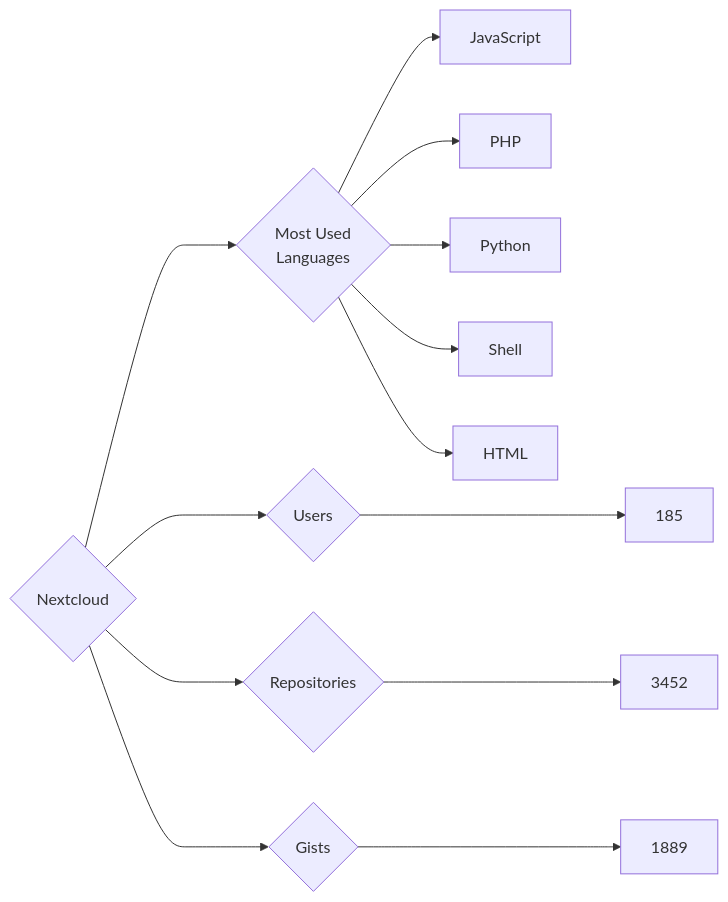
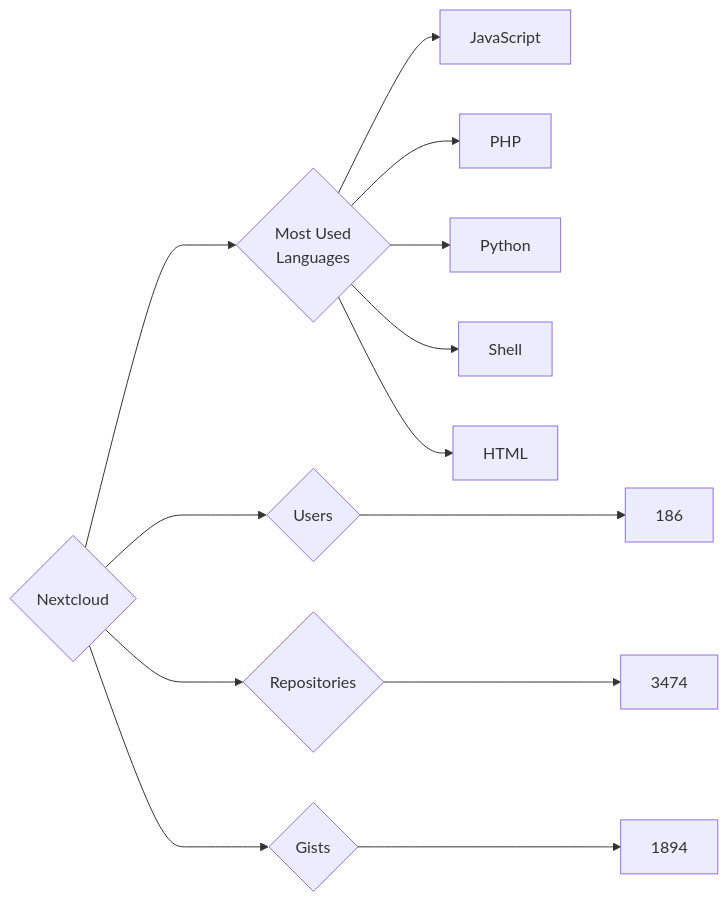
One commit to trickest/insiders changed the diagram in targets/Nextcloud/README.md. Above: the diagram before and after it, drawn with Mermaid. The commit also changed 748 other files, not shown here.

````diff
--- a/targets/Nextcloud/README.md
+++ b/targets/Nextcloud/README.md
@@ -3,13 +3,13 @@
 ```mermaid
 graph LR
 COMPANY_NAME{Nextcloud}
-COMPANY_NAME ---> U{Users} ---> UN[185]
-COMPANY_NAME ---> R{Repositories} ---> RN[3452]
-COMPANY_NAME ---> G{Gists} ---> GN[1889]
+COMPANY_NAME ---> U{Users} ---> UN[186]
+COMPANY_NAME ---> R{Repositories} ---> RN[3474]
+COMPANY_NAME ---> G{Gists} ---> GN[1894]
 COMPANY_NAME ---> ML{Most Used<br>Languages}
 ML --> JavaScript[JavaScript]
 ML --> PHP[PHP]
 ML --> Python[Python]
 ML --> Shell[Shell]
 ML --> HTML[HTML]
 ```
````
